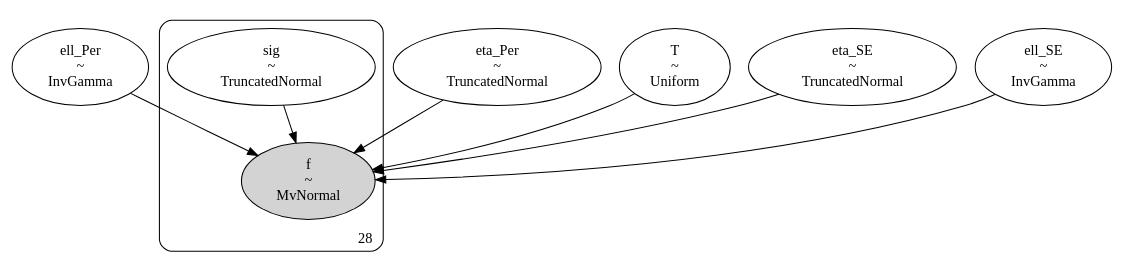
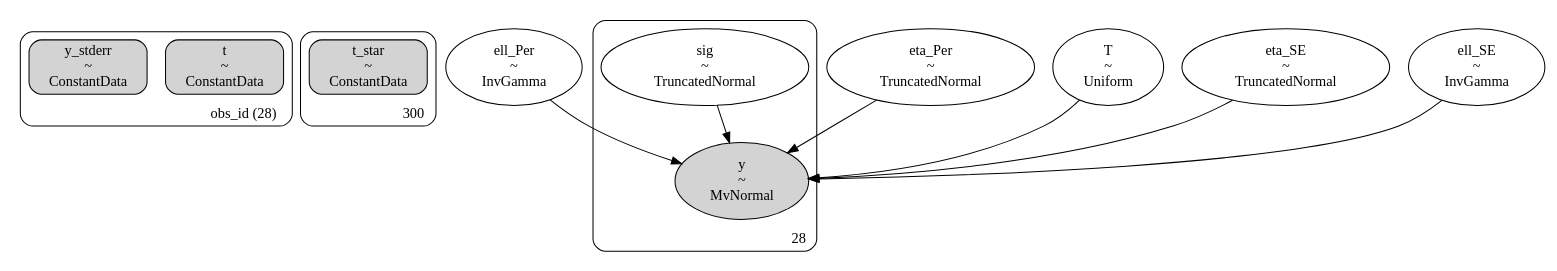
The diagram in dags/80_ra271.352_dec-29.642_MAXIJ1803TraPDB_andersson_gpSE_gpPer_dag.dot (shihchingfu/gp-sandbox-thunderkat), drawn with Graphviz before and after one commit. The commit also changed 3 other files, not shown here.

```diff
--- a/dags/80_ra271.352_dec-29.642_MAXIJ1803TraPDB_andersson_gpSE_gpPer_dag.dot
+++ b/dags/80_ra271.352_dec-29.642_MAXIJ1803TraPDB_andersson_gpSE_gpPer_dag.dot
@@ -1,32 +1,47 @@
 digraph {
+	subgraph "clusterobs_id (28)" {
+		t [label="t
+~
+ConstantData" shape=box style="rounded, filled"]
+		y_stderr [label="y_stderr
+~
+ConstantData" shape=box style="rounded, filled"]
+		label="obs_id (28)" labeljust=r labelloc=b style=rounded
+	}
+	subgraph cluster300 {
+		t_star [label="t_star
+~
+ConstantData" shape=box style="rounded, filled"]
+		label=300 labeljust=r labelloc=b style=rounded
+	}
 	ell_Per [label="ell_Per
 ~
 InvGamma" shape=ellipse]
 	eta_Per [label="eta_Per
 ~
 TruncatedNormal" shape=ellipse]
 	T [label="T
 ~
 Uniform" shape=ellipse]
 	eta_SE [label="eta_SE
 ~
 TruncatedNormal" shape=ellipse]
 	ell_SE [label="ell_SE
 ~
 InvGamma" shape=ellipse]
 	subgraph cluster28 {
+		y [label="y
+~
+MvNormal" shape=ellipse style=filled]
 		sig [label="sig
 ~
 TruncatedNormal" shape=ellipse]
-		f [label="f
-~
-MvNormal" shape=ellipse style=filled]
 		label=28 labeljust=r labelloc=b style=rounded
 	}
-	eta_SE -> f
-	ell_Per -> f
-	ell_SE -> f
-	sig -> f
-	eta_Per -> f
-	T -> f
+	eta_SE -> y
+	ell_Per -> y
+	ell_SE -> y
+	sig -> y
+	eta_Per -> y
+	T -> y
 }
```
